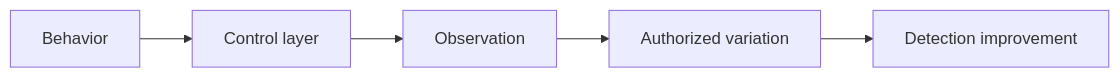
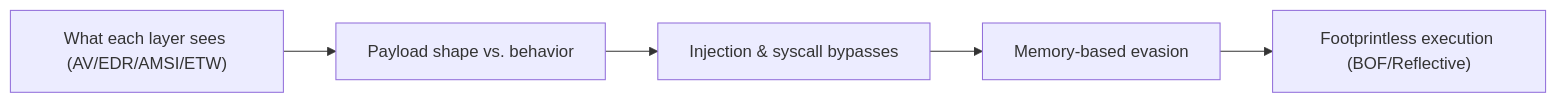
Before and after one commit to nnr-root/cybersec-crook2root-notes: the diagram in Offensive Security/Red Team Operations/Evasion & Endpoint Tradecraft/Evasion & Endpoint Tradecraft.md, drawn with Mermaid. The commit also changed other lines of this file and 6 other files, not shown here.

````diff
--- a/Offensive Security/Red Team Operations/Evasion & Endpoint Tradecraft/Evasion & Endpoint Tradecraft.md
+++ b/Offensive Security/Red Team Operations/Evasion & Endpoint Tradecraft/Evasion & Endpoint Tradecraft.md
@@ -10,7 +10,7 @@
 ```mermaid
 flowchart LR
-    B["Behavior"] --> C["Control layer"]
-    C --> O["Observation"]
-    O --> V["Authorized variation"]
-    V --> D["Detection improvement"]
+    A["What each layer sees (AV/EDR/AMSI/ETW)"] --> B["Payload shape vs. behavior"]
+    B --> C["Injection & syscall bypasses"]
+    C --> D["Memory-based evasion"]
+    D --> E["Footprintless execution (BOF/Reflective)"]
 ```
````
